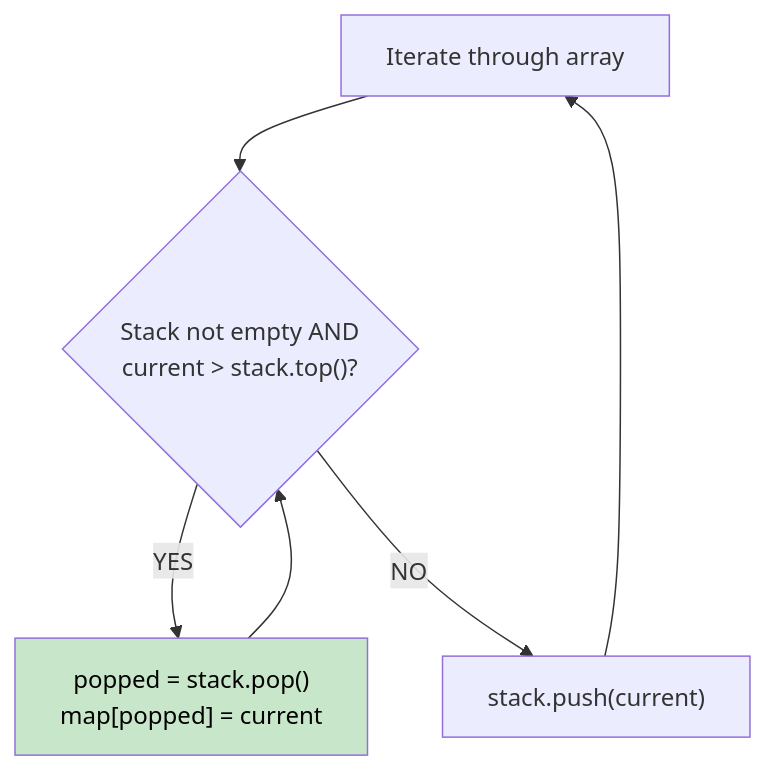
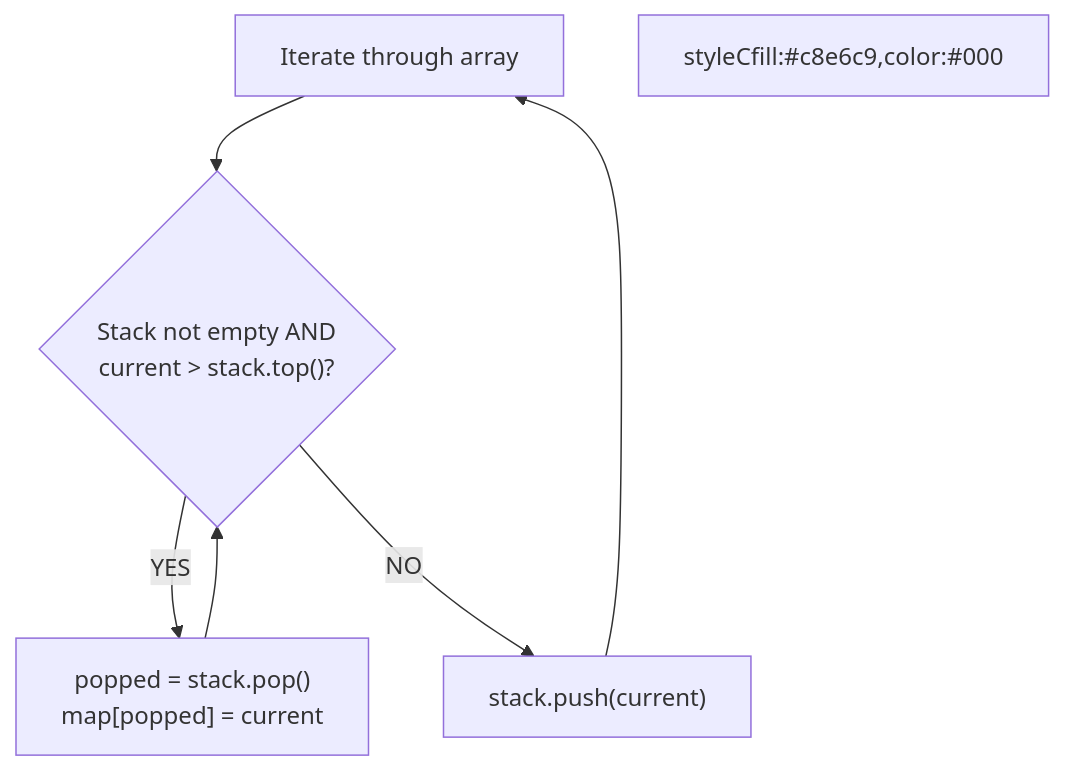
Before and after one commit to vadde/DSA: the diagram in 33 - Monotonic Queue Pattern/problem_01_next_greater_element_walkthrough.md, drawn with Mermaid. The commit also changed 245 other files, not shown here.

First line of the commit message:
fix: Forensic fix of all Mermaid rendering issues across entire DSA repo + add pre-commit validation infrastructure

````diff
--- a/33 - Monotonic Queue Pattern/problem_01_next_greater_element_walkthrough.md
+++ b/33 - Monotonic Queue Pattern/problem_01_next_greater_element_walkthrough.md
@@ -32,10 +32,10 @@
 ```mermaid
 flowchart TD
     A["Iterate through array"] --> B{"Stack not empty AND\ncurrent > stack.top()?"}
     B -->|YES| C["popped = stack.pop()\nmap[popped] = current"]
     C --> B
-    B -->|NO| D["stack.push(current)"]
+B -->|NO| D["stack.push(current)"]
     D --> A
-    
-    style C fill:#c8e6c9,color:#000
+
+styleCfill:#c8e6c9,color:#000
 ```
````
